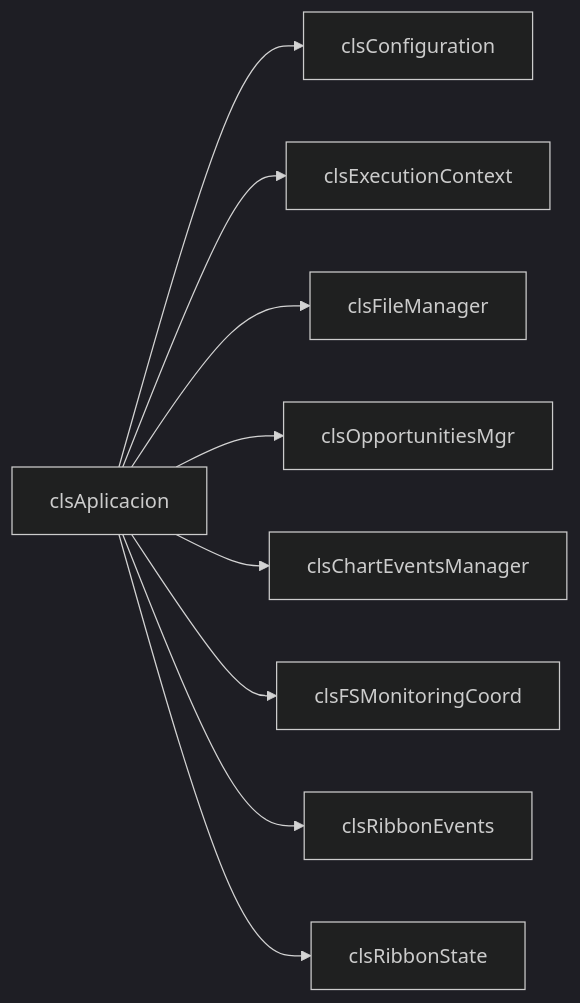
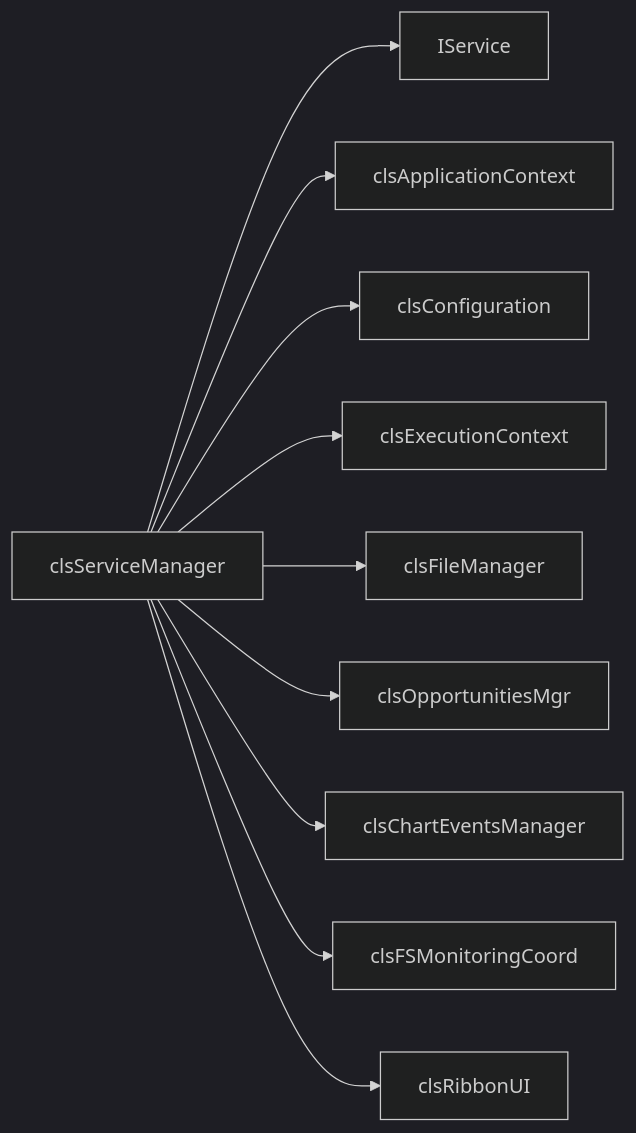
Before and after one commit to gautxori-yuyu/claude-vba-excel-abc-refactor: the first of 13 diagrams in CLAUDE.md, drawn with Mermaid (dark theme). The commit also changed other lines of this file, not shown here.

````diff
--- a/CLAUDE.md
+++ b/CLAUDE.md
@@ -105,11 +137,12 @@
 ```mermaid
 graph LR
-    clsAplicacion --> clsConfiguration
-    clsAplicacion --> clsExecutionContext
-    clsAplicacion --> clsFileManager
-    clsAplicacion --> clsOpportunitiesMgr
-    clsAplicacion --> clsChartEventsManager
-    clsAplicacion --> clsFSMonitoringCoord
-    clsAplicacion --> clsRibbonEvents
-    clsAplicacion --> clsRibbonState
+    clsServiceManager --> IService
+    clsServiceManager --> clsApplicationContext
+    clsServiceManager --> clsConfiguration
+    clsServiceManager --> clsExecutionContext
+    clsServiceManager --> clsFileManager
+    clsServiceManager --> clsOpportunitiesMgr
+    clsServiceManager --> clsChartEventsManager
+    clsServiceManager --> clsFSMonitoringCoord
+    clsServiceManager --> clsRibbonUI
 ```
````
